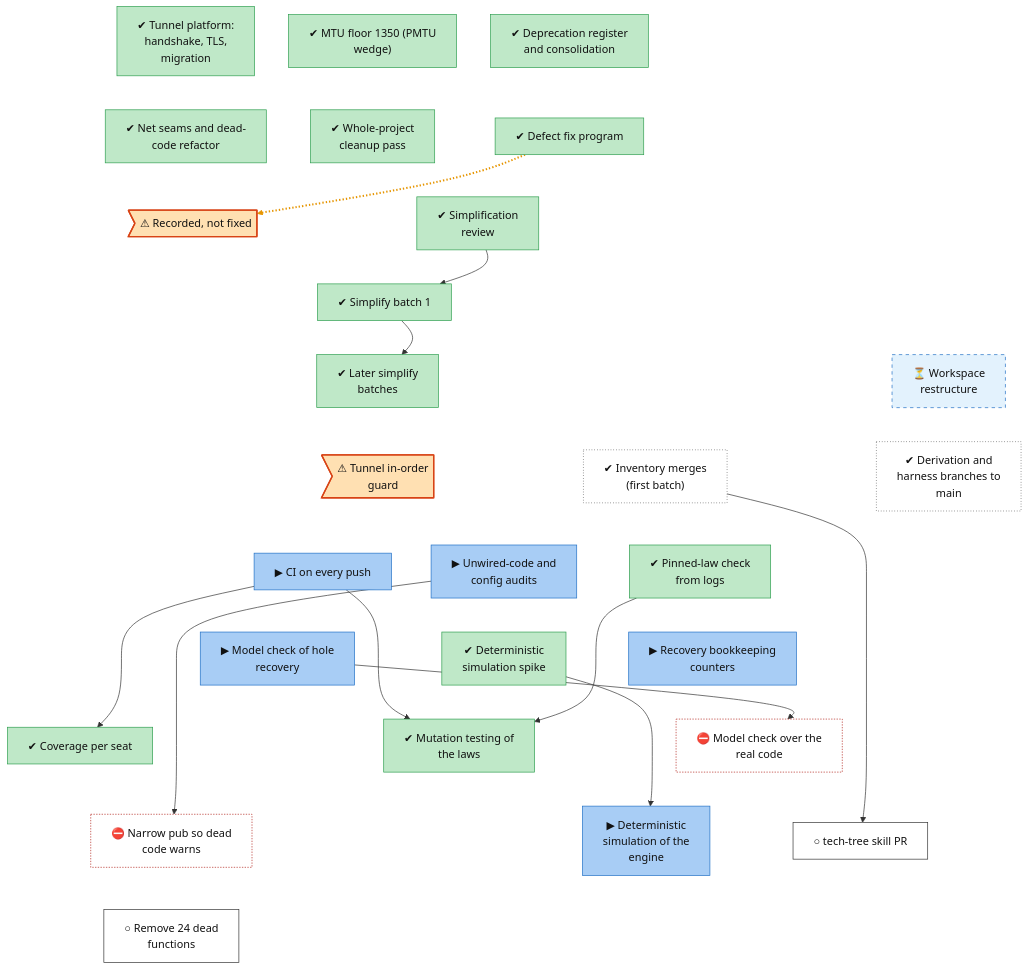
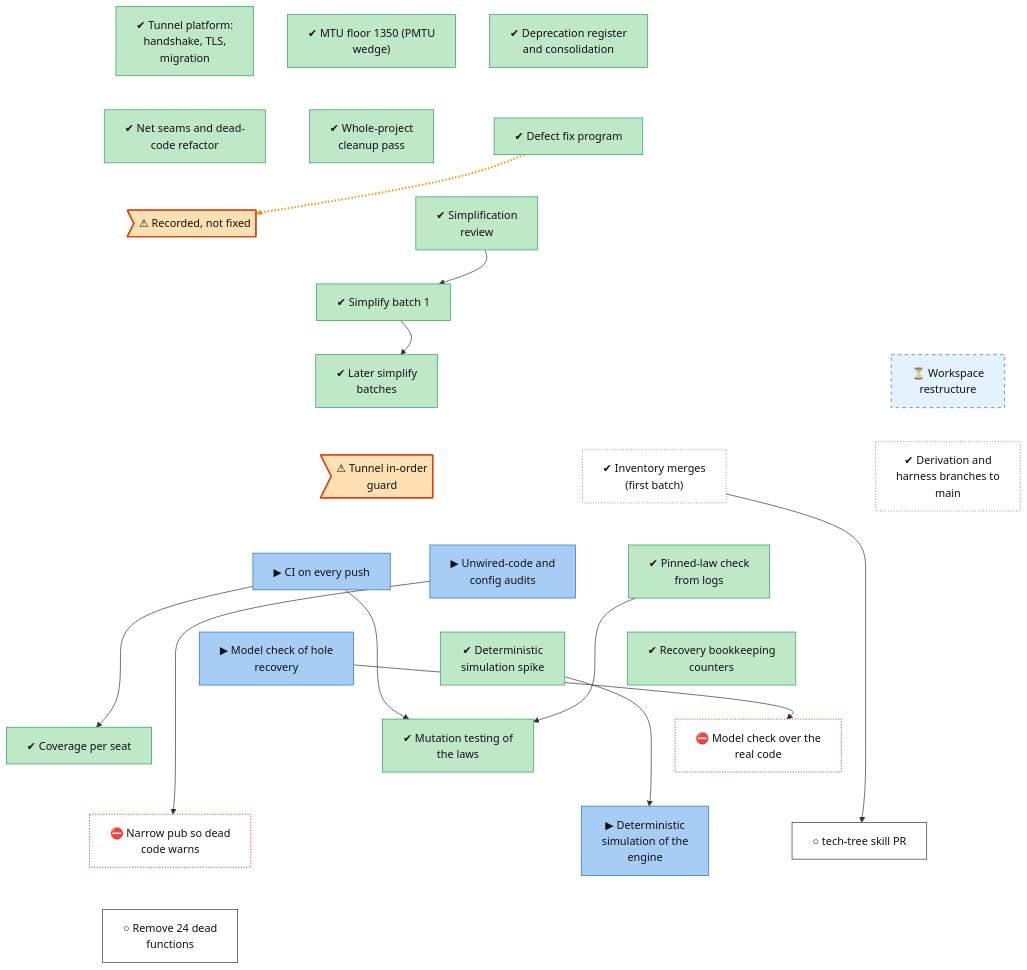
Before and after one commit to lhns/raptorpath: the diagram in docs/roadmap/tracks/infra.md, drawn with Mermaid. The commit also changed other lines of this file and 2 other files, not shown here.

Commit message:
roadmap: recovery counters merged (S4 option B)

````diff
--- a/docs/roadmap/tracks/infra.md
+++ b/docs/roadmap/tracks/infra.md
@@ -28,7 +28,7 @@
     infra_test_pinned_law_check["✔ Pinned-law check<br/>from logs"]
     infra_test_recovery_model["▶ Model check of hole<br/>recovery"]
     infra_test_sim_spike["✔ Deterministic<br/>simulation spike"]
-    infra_test_recovery_counters["▶ Recovery bookkeeping<br/>counters"]
+    infra_test_recovery_counters["✔ Recovery bookkeeping<br/>counters"]
     infra_test_seat_coverage["✔ Coverage per seat"]
     infra_test_mutation["✔ Mutation testing of<br/>the laws"]
     infra_test_model_real_decisions["⛔ Model check over the<br/>real code"]
@@ -86,11 +86,11 @@
     classDef userdec fill:#d9c2f0,stroke:#7b3fb5,color:#111
     classDef defect fill:#ffe0b2,stroke:#d84315,stroke-width:2px,color:#111
     classDef waiting fill:#e3f2fd,stroke:#1f6fc5,stroke-dasharray:5 5,color:#111
-    class infra_early_platform,infra_mtu_floor,infra_consolidation,infra_net_seams,infra_cleanup_0927,infra_fix_program,infra_simplify_review,infra_simplify_batch1,infra_simplify_batch2,infra_test_pinned_law_check,infra_test_sim_spike,infra_test_seat_coverage,infra_test_mutation succ
+    class infra_early_platform,infra_mtu_floor,infra_consolidation,infra_net_seams,infra_cleanup_0927,infra_fix_program,infra_simplify_review,infra_simplify_batch1,infra_simplify_batch2,infra_test_pinned_law_check,infra_test_sim_spike,infra_test_recovery_counters,infra_test_seat_coverage,infra_test_mutation succ
     class infra_defect_recorded_not_fixed,infra_tunnel_inorder_guard defect
     class infra_restructure waiting
     class infra_inventory_merges,infra_derivation_merges unrated
-    class infra_test_ci_gate,infra_test_static_audits,infra_test_recovery_model,infra_test_recovery_counters,infra_test_sim_engine inprog
+    class infra_test_ci_gate,infra_test_static_audits,infra_test_recovery_model,infra_test_sim_engine inprog
     class infra_test_model_real_decisions,infra_test_pub_narrowing blocked
     class infra_tech_tree_skill,infra_dead_code_batch next
 ```
````
